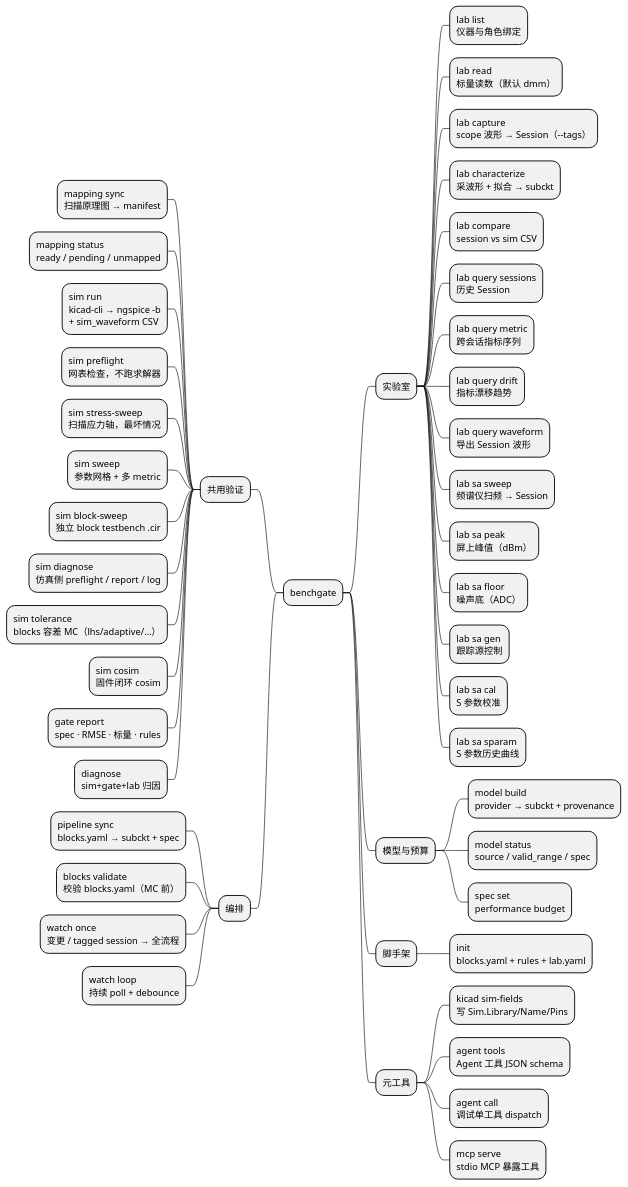
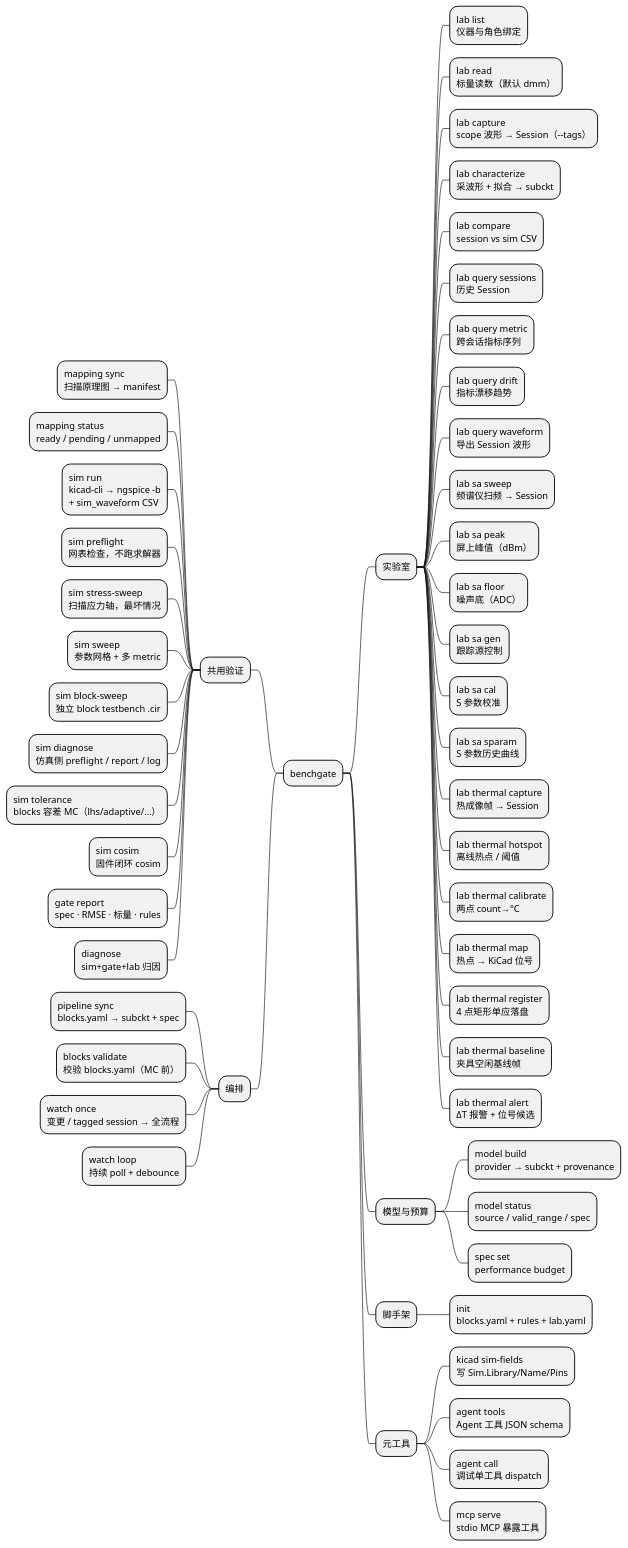
One commit to zhang1career/benchgate changed the diagram in docs/diagrams/command-tree.puml. Above: the diagram before and after it, drawn with PlantUML. The commit also changed 32 other files, not shown here.

```diff
--- a/docs/diagrams/command-tree.puml
+++ b/docs/diagrams/command-tree.puml
@@ -1,56 +1,63 @@
 @startmindmap
 ' CLI 命令树（结构索引）
 ' 逐条说明见 docs/CLI_REFERENCE.md；默认串联见 command-flow.puml
 skinparam shadowing false
 skinparam monochrome false
 
 * benchgate
 left side
 ** 共用验证
 *** mapping sync\n扫描原理图 → manifest
 *** mapping status\nready / pending / unmapped
 *** sim run\nkicad-cli → ngspice -b\n+ sim_waveform CSV
 *** sim preflight\n网表检查，不跑求解器
 *** sim stress-sweep\n扫描应力轴，最坏情况
 *** sim sweep\n参数网格 + 多 metric
 *** sim block-sweep\n独立 block testbench .cir
 *** sim diagnose\n仿真侧 preflight / report / log
 *** sim tolerance\nblocks 容差 MC（lhs/adaptive/…）
 *** sim cosim\n固件闭环 cosim
 *** gate report\nspec · RMSE · 标量 · rules
 *** diagnose\nsim+gate+lab 归因
 ** 编排
 *** pipeline sync\nblocks.yaml → subckt + spec
 *** blocks validate\n校验 blocks.yaml（MC 前）
 *** watch once\n变更 / tagged session → 全流程
 *** watch loop\n持续 poll + debounce
 right side
 ** 实验室
 *** lab list\n仪器与角色绑定
 *** lab read\n标量读数（默认 dmm）
 *** lab capture\nscope 波形 → Session（--tags）
 *** lab characterize\n采波形 + 拟合 → subckt
 *** lab compare\nsession vs sim CSV
 *** lab query sessions\n历史 Session
 *** lab query metric\n跨会话指标序列
 *** lab query drift\n指标漂移趋势
 *** lab query waveform\n导出 Session 波形
 *** lab sa sweep\n频谱仪扫频 → Session
 *** lab sa peak\n屏上峰值（dBm）
 *** lab sa floor\n噪声底（ADC）
 *** lab sa gen\n跟踪源控制
 *** lab sa cal\nS 参数校准
 *** lab sa sparam\nS 参数历史曲线
+*** lab thermal capture\n热成像帧 → Session
+*** lab thermal hotspot\n离线热点 / 阈值
+*** lab thermal calibrate\n两点 count→°C
+*** lab thermal map\n热点 → KiCad 位号
+*** lab thermal register\n4 点矩形单应落盘
+*** lab thermal baseline\n夹具空闲基线帧
+*** lab thermal alert\nΔT 报警 + 位号候选
 ** 模型与预算
 *** model build\nprovider → subckt + provenance
 *** model status\nsource / valid_range / spec
 *** spec set\nperformance budget
 ** 脚手架
 *** init\nblocks.yaml + rules + lab.yaml
 ** 元工具
 *** kicad sim-fields\n写 Sim.Library/Name/Pins
 *** agent tools\nAgent 工具 JSON schema
 *** agent call\n调试单工具 dispatch
 *** mcp serve\nstdio MCP 暴露工具
 
 @endmindmap
```
